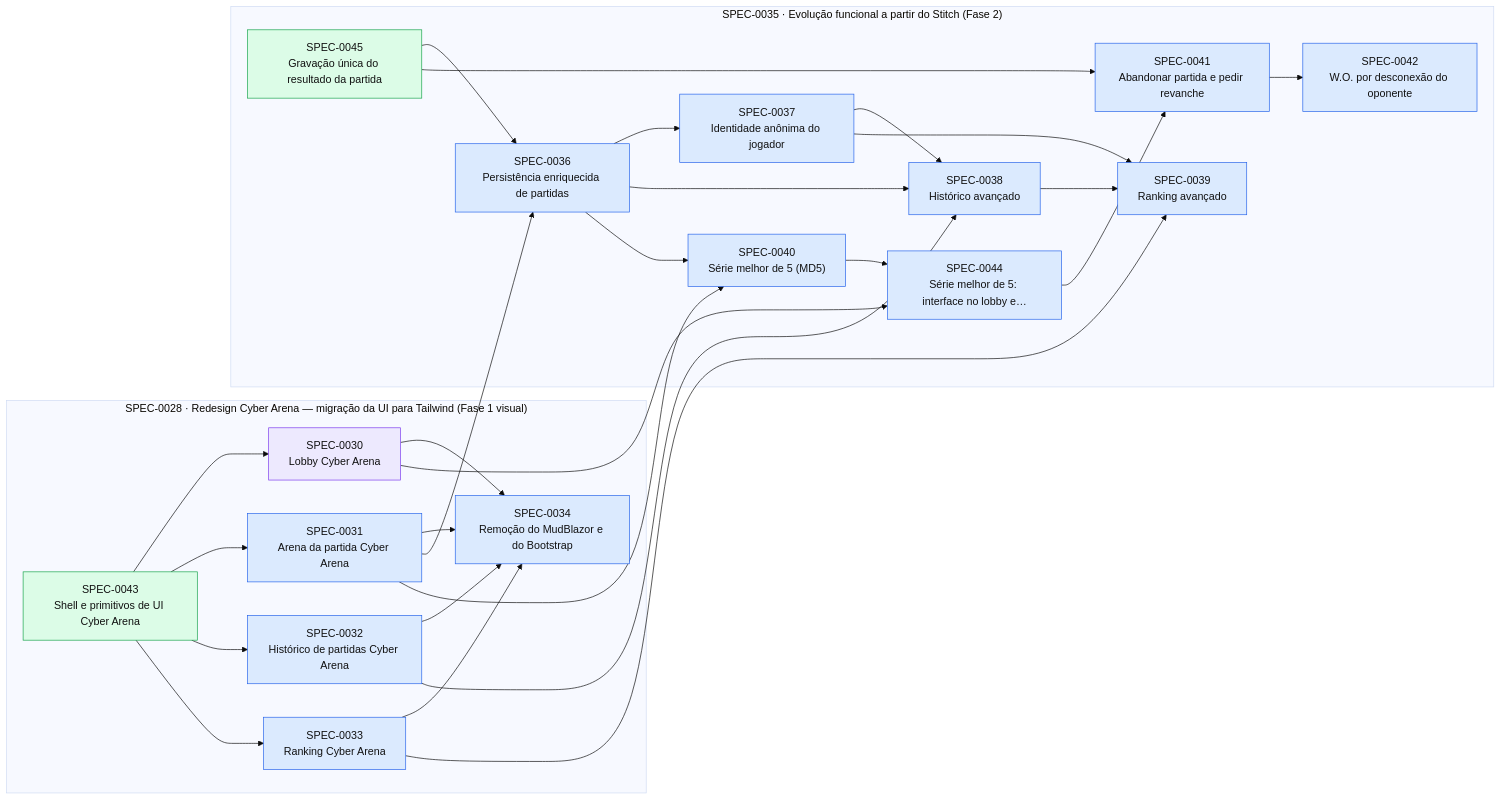
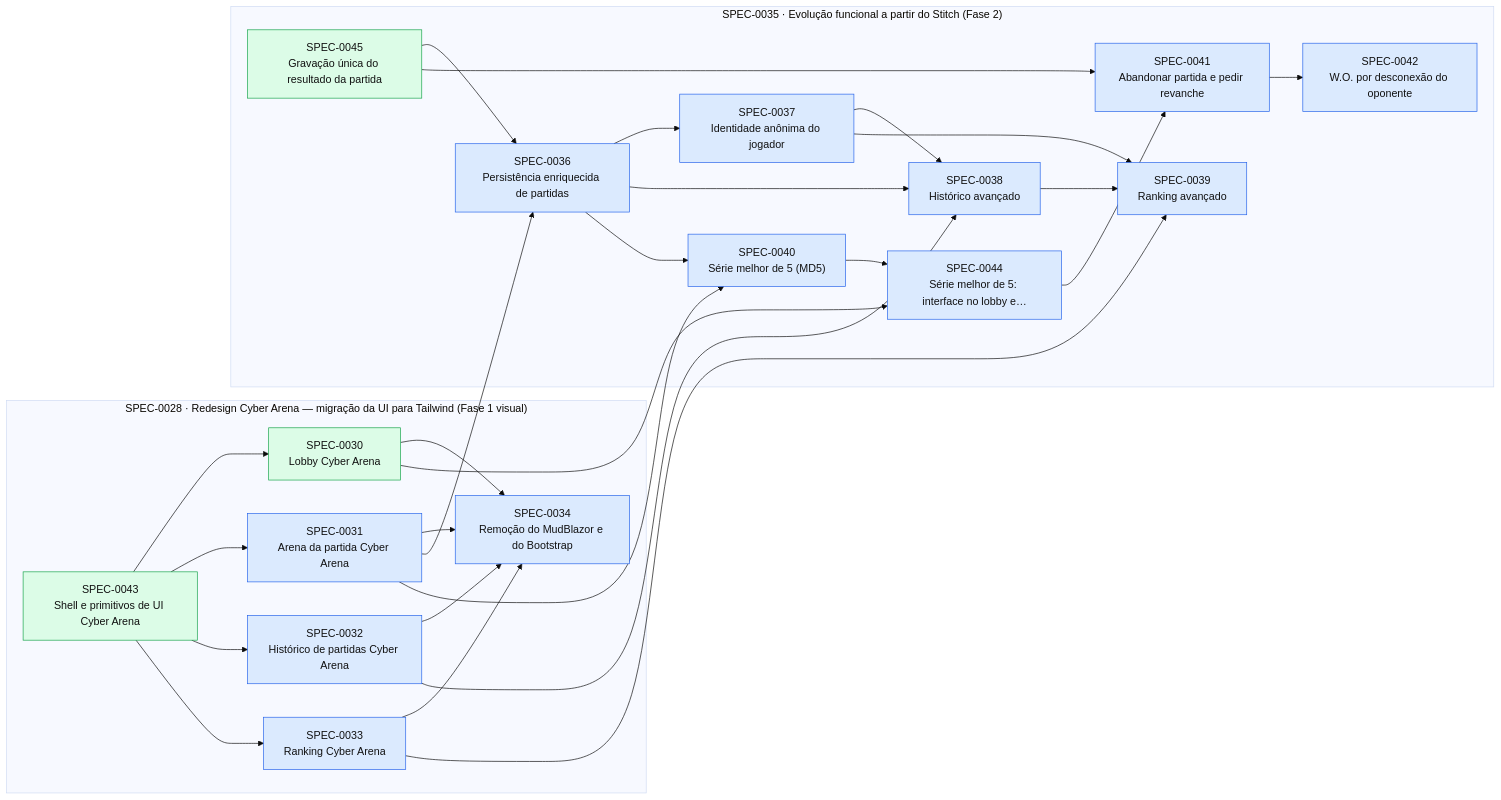
The diagram in docs/specs/INDEX.md (thomasravache/jogo-da-velha-multiplayer), drawn with Mermaid (base theme) before and after one commit. The commit also changed other lines of this file and 2 other files, not shown here.

First line of the commit message:
docs(specs): fechar SPEC-0030 (Lobby Cyber Arena)

````diff
--- a/docs/specs/INDEX.md
+++ b/docs/specs/INDEX.md
@@ -48,51 +47,51 @@
 ```mermaid
 flowchart LR
   subgraph E0028["SPEC-0028 · Redesign Cyber Arena — migração da UI para Tailwind (Fase 1 visual)"]
-    S0030["SPEC-0030<br/>Lobby Cyber Arena"]:::inprogress
+    S0030["SPEC-0030<br/>Lobby Cyber Arena"]:::implemented
     S0031["SPEC-0031<br/>Arena da partida Cyber Arena"]:::approved
     S0032["SPEC-0032<br/>Histórico de partidas Cyber Arena"]:::approved
     S0033["SPEC-0033<br/>Ranking Cyber Arena"]:::approved
     S0034["SPEC-0034<br/>Remoção do MudBlazor e do Bootstrap"]:::approved
     S0043["SPEC-0043<br/>Shell e primitivos de UI Cyber Arena"]:::implemented
   end
   subgraph E0035["SPEC-0035 · Evolução funcional a partir do Stitch (Fase 2)"]
     S0036["SPEC-0036<br/>Persistência enriquecida de partidas"]:::approved
     S0037["SPEC-0037<br/>Identidade anônima do jogador"]:::approved
     S0038["SPEC-0038<br/>Histórico avançado"]:::approved
     S0039["SPEC-0039<br/>Ranking avançado"]:::approved
     S0040["SPEC-0040<br/>Série melhor de 5 (MD5)"]:::approved
     S0041["SPEC-0041<br/>Abandonar partida e pedir revanche"]:::approved
     S0042["SPEC-0042<br/>W.O. por desconexão do oponente"]:::approved
     S0044["SPEC-0044<br/>Série melhor de 5: interface no lobby e…"]:::approved
     S0045["SPEC-0045<br/>Gravação única do resultado da partida"]:::implemented
   end
   S0043 --> S0030
   S0043 --> S0031
   S0043 --> S0032
   S0043 --> S0033
   S0030 --> S0034
   S0031 --> S0034
   S0032 --> S0034
   S0033 --> S0034
   S0031 --> S0036
   S0045 --> S0036
   S0036 --> S0037
   S0032 --> S0038
   S0036 --> S0038
   S0037 --> S0038
   S0033 --> S0039
   S0037 --> S0039
   S0038 --> S0039
   S0031 --> S0040
   S0036 --> S0040
   S0044 --> S0041
   S0045 --> S0041
   S0041 --> S0042
   S0030 --> S0044
   S0040 --> S0044
   classDef proposed fill:#fef3c7,stroke:#d97706,color:#111
   classDef approved fill:#dbeafe,stroke:#2563eb,color:#111
   classDef inprogress fill:#ede9fe,stroke:#7c3aed,color:#111
   classDef implemented fill:#dcfce7,stroke:#16a34a,color:#111
   classDef deprecated fill:#f3f4f6,stroke:#9ca3af,color:#6b7280
 ```
````
